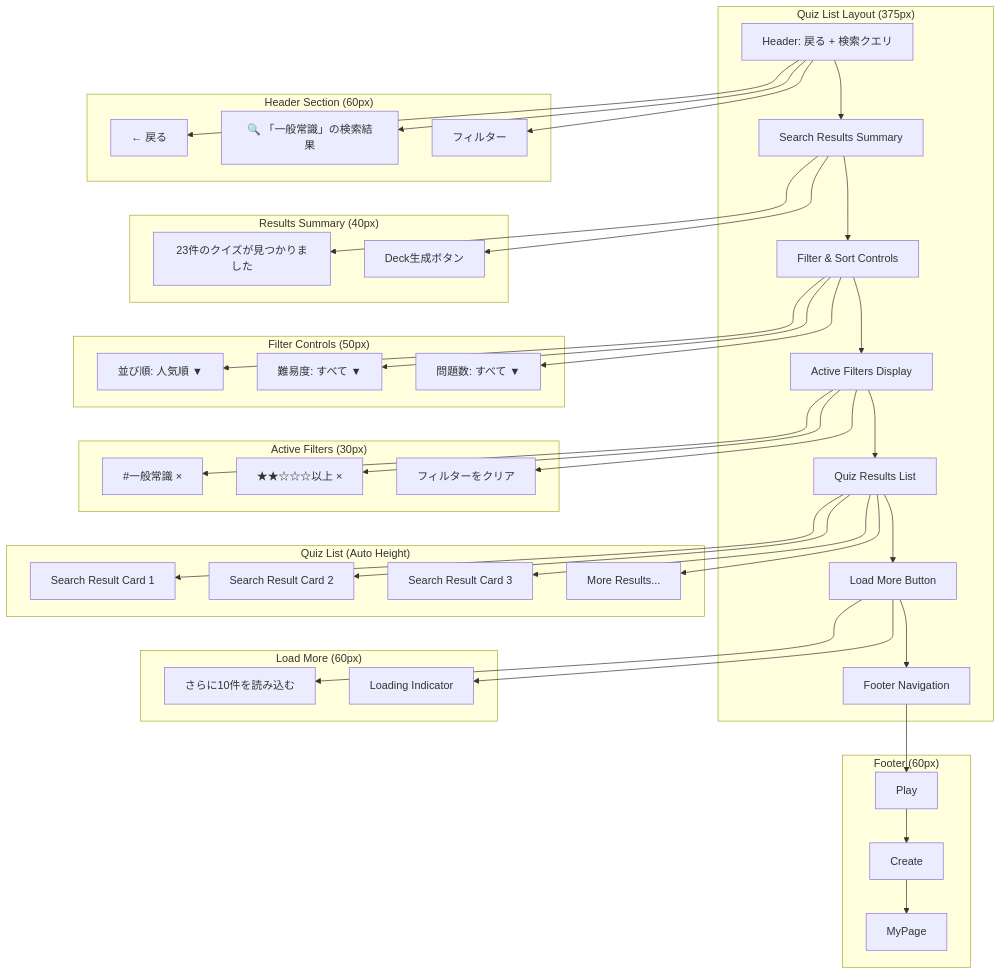
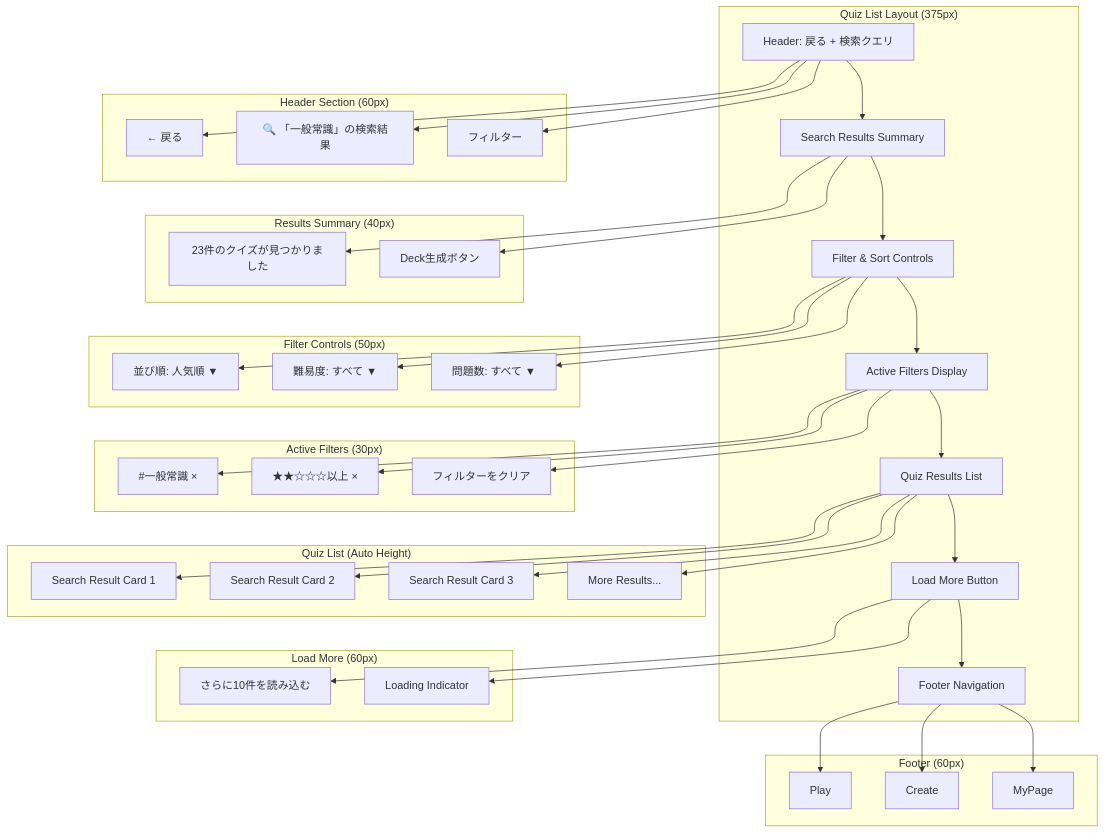
The first of 9 diagrams in docs/project/ui-design/3.01_wireframes/quiz-list-page.md (tanacchi/your-quiz), drawn with Mermaid before and after one commit. The commit also changed other lines of this file and 4 other files, not shown here.

First line of the commit message:
fix: Fix Mermaid diagram syntax errors in wireframes

````diff
--- a/docs/project/ui-design/3.01_wireframes/quiz-list-page.md
+++ b/docs/project/ui-design/3.01_wireframes/quiz-list-page.md
@@ -17,50 +17,52 @@
 ```mermaid
 graph TD
     subgraph "Quiz List Layout (375px)"
         A[Header: 戻る + 検索クエリ] --> B[Search Results Summary]
         B --> C[Filter & Sort Controls]
         C --> D[Active Filters Display]
         D --> E[Quiz Results List]
         E --> F[Load More Button]
         F --> G[Footer Navigation]
     end
     
     subgraph "Header Section (60px)"
         A --> A1[← 戻る]
         A --> A2["🔍 「一般常識」の検索結果"]
         A --> A3[フィルター]
     end
     
     subgraph "Results Summary (40px)"
         B --> B1[23件のクイズが見つかりました]
         B --> B2[Deck生成ボタン]
     end
     
     subgraph "Filter Controls (50px)"
         C --> C1[並び順: 人気順 ▼]
         C --> C2[難易度: すべて ▼]
         C --> C3[問題数: すべて ▼]
     end
     
     subgraph "Active Filters (30px)"
         D --> D1[#一般常識 ×]
         D --> D2[★★☆☆☆以上 ×]
         D --> D3[フィルターをクリア]
     end
     
     subgraph "Quiz List (Auto Height)"
         E --> E1[Search Result Card 1]
         E --> E2[Search Result Card 2]
         E --> E3[Search Result Card 3]
         E --> E4[More Results...]
     end
     
     subgraph "Load More (60px)"
         F --> F1[さらに10件を読み込む]
         F --> F2[Loading Indicator]
     end
     
     subgraph "Footer (60px)"
-        G --> G1[Play] --> G2[Create] --> G3[MyPage]
+        G --> G1[Play]
+        G --> G2[Create] 
+        G --> G3[MyPage]
     end
 ```
````
